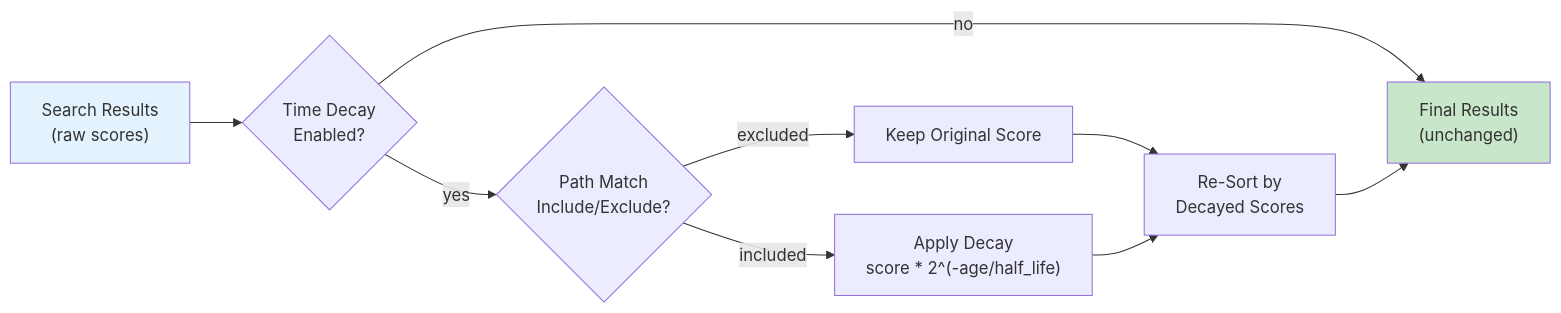
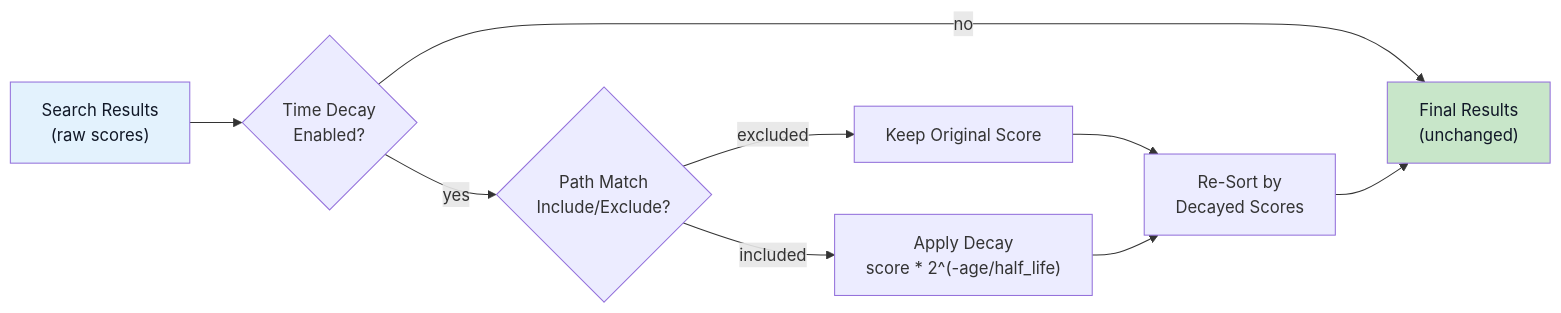
Before and after one commit to geckse/markdown-vdb: the first of 2 diagrams in docs/cli/concepts/time-decay.md, drawn with Mermaid. The commit also changed other lines of this file and 41 other files, not shown here.

````diff
--- a/docs/cli/concepts/time-decay.md
+++ b/docs/cli/concepts/time-decay.md
@@ -21,14 +21,14 @@
 ```mermaid
 flowchart LR
     SEARCH["Search Results<br/>(raw scores)"] --> CHECK{"Time Decay<br/>Enabled?"}
     CHECK -->|no| RESULT["Final Results<br/>(unchanged)"]
     CHECK -->|yes| PATH{"Path Match<br/>Include/Exclude?"}
     PATH -->|excluded| SKIP["Keep Original Score"]
     PATH -->|included| APPLY["Apply Decay<br/>score * 2^(-age/half_life)"]
     SKIP --> RESORT["Re-Sort by<br/>Decayed Scores"]
     APPLY --> RESORT
     RESORT --> RESULT
 
-    style SEARCH fill:#e3f2fd
-    style RESULT fill:#c8e6c9
+    style SEARCH fill:#e3f2fd,color:#111827
+    style RESULT fill:#c8e6c9,color:#111827
 ```
````
